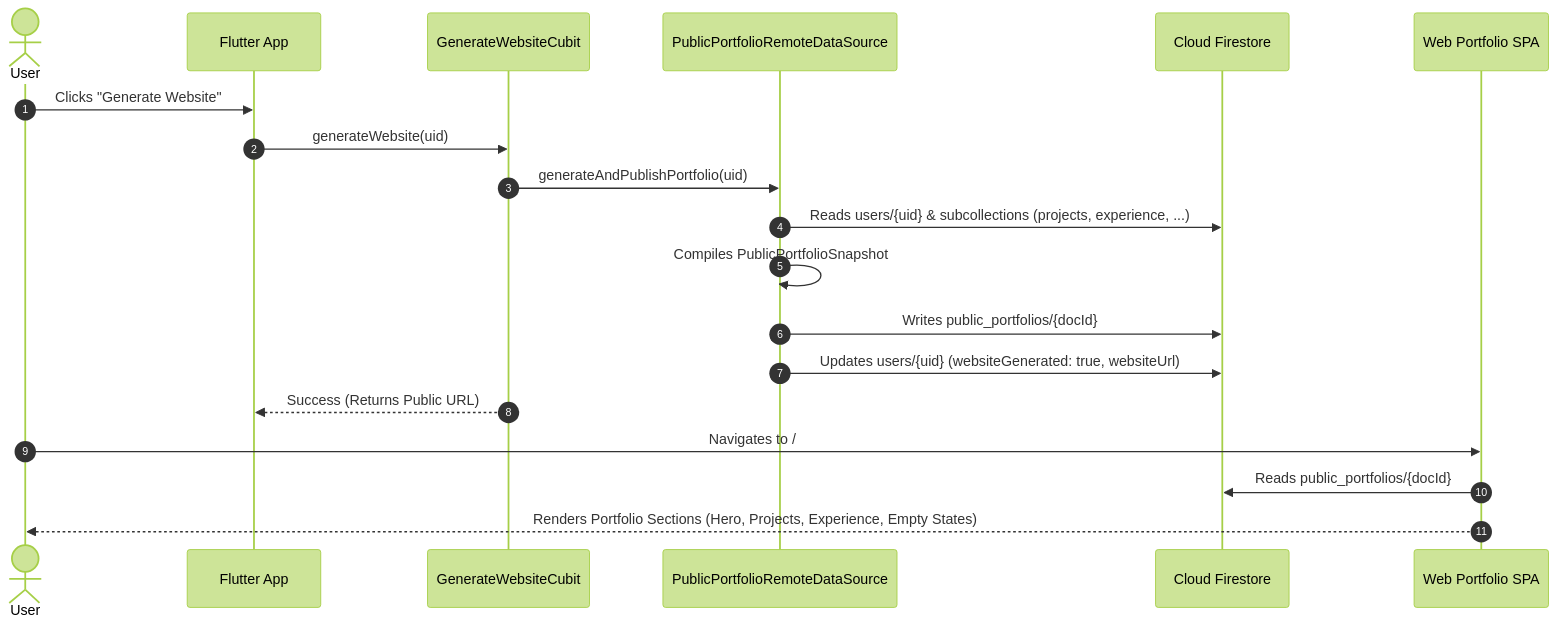
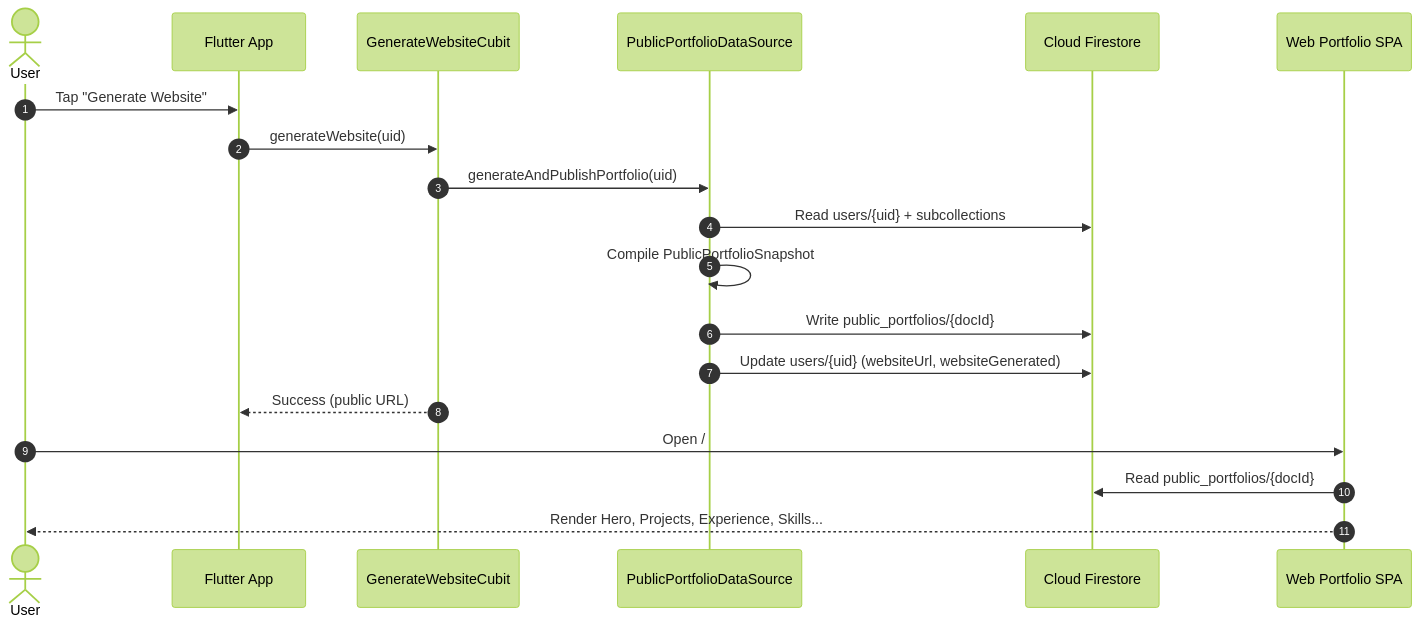
One commit to hossamelshafay/ConnectHub changed the third of 3 diagrams in README.md. Above: the diagram before and after it, drawn with Mermaid (forest theme). The commit also changed other lines of this file and 295 other files, not shown here.

````diff
--- a/README.md
+++ b/README.md
@@ -232,22 +276,22 @@
 ```mermaid
 sequenceDiagram
     autonumber
-    actor User as User
+    actor User
     participant Flutter as Flutter App
     participant Cubit as GenerateWebsiteCubit
-    participant RemoteDS as PublicPortfolioRemoteDataSource
+    participant DS as PublicPortfolioDataSource
     participant Firestore as Cloud Firestore
-    participant WebRouter as Web Portfolio SPA
+    participant Web as Web Portfolio SPA
 
-    User->>Flutter: Clicks "Generate Website"
+    User->>Flutter: Tap "Generate Website"
     Flutter->>Cubit: generateWebsite(uid)
-    Cubit->>RemoteDS: generateAndPublishPortfolio(uid)
-    RemoteDS->>Firestore: Reads users/{uid} & subcollections (projects, experience, ...)
-    RemoteDS->>RemoteDS: Compiles PublicPortfolioSnapshot
-    RemoteDS->>Firestore: Writes public_portfolios/{docId}
-    RemoteDS->>Firestore: Updates users/{uid} (websiteGenerated: true, websiteUrl)
-    Cubit-->>Flutter: Success (Returns Public URL)
-    User->>WebRouter: Navigates to /#/portfolio/{username}
-    WebRouter->>Firestore: Reads public_portfolios/{docId}
-    WebRouter-->>User: Renders Portfolio Sections (Hero, Projects, Experience, Empty States)
+    Cubit->>DS: generateAndPublishPortfolio(uid)
+    DS->>Firestore: Read users/{uid} + subcollections
+    DS->>DS: Compile PublicPortfolioSnapshot
+    DS->>Firestore: Write public_portfolios/{docId}
+    DS->>Firestore: Update users/{uid} (websiteUrl, websiteGenerated)
+    Cubit-->>Flutter: Success (public URL)
+    User->>Web: Open /#/portfolio/{username}
+    Web->>Firestore: Read public_portfolios/{docId}
+    Web-->>User: Render Hero, Projects, Experience, Skills...
 ```
````
